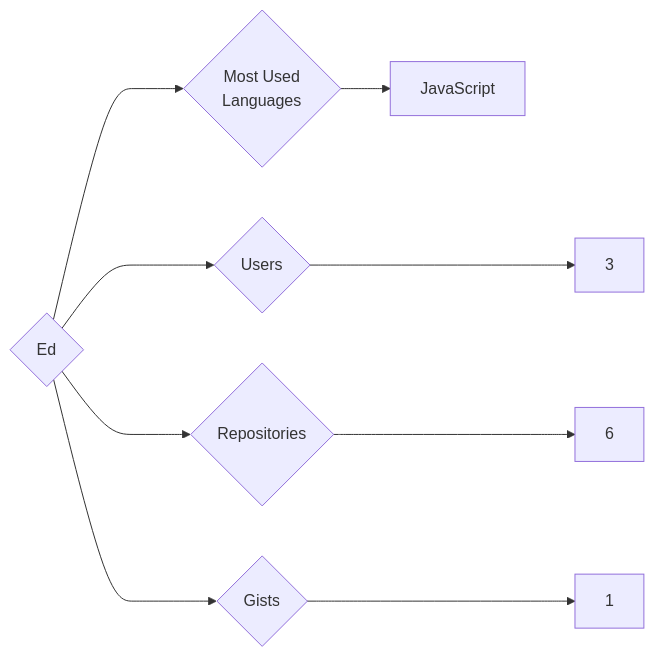
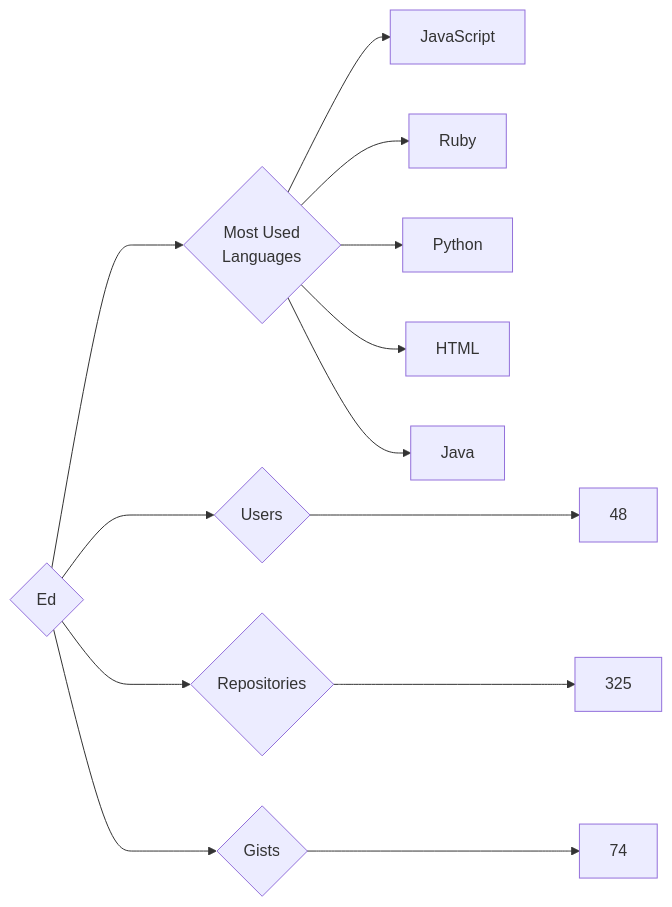
Before and after one commit to trickest/insiders: the diagram in targets/Ed/README.md, drawn with Mermaid. The commit also changed 891 other files, not shown here.

````diff
--- a/targets/Ed/README.md
+++ b/targets/Ed/README.md
@@ -3,9 +3,13 @@
 ```mermaid
 graph LR
 COMPANY_NAME{Ed}
-COMPANY_NAME ---> U{Users} ---> UN[3]
-COMPANY_NAME ---> R{Repositories} ---> RN[6]
-COMPANY_NAME ---> G{Gists} ---> GN[1]
+COMPANY_NAME ---> U{Users} ---> UN[48]
+COMPANY_NAME ---> R{Repositories} ---> RN[325]
+COMPANY_NAME ---> G{Gists} ---> GN[74]
 COMPANY_NAME ---> ML{Most Used<br>Languages}
 ML --> JavaScript[JavaScript]
+ML --> Ruby[Ruby]
+ML --> Python[Python]
+ML --> HTML[HTML]
+ML --> Java[Java]
 ```
````
